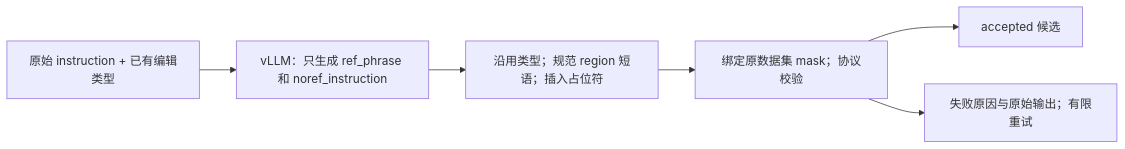
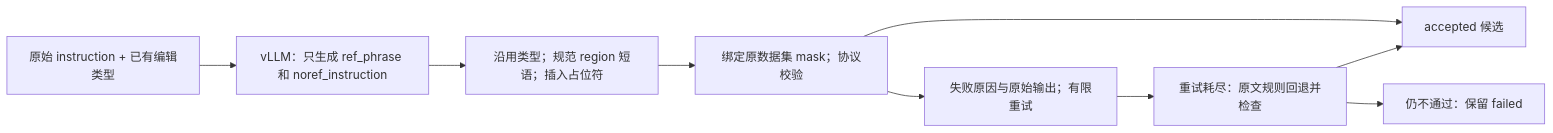
One commit to Tangent0308/samtok_edit changed the diagram in docs/SAMTokEdit_Qwen21_noref两字段转换与模型对比.md. Above: the diagram before and after it, drawn with Mermaid. The commit also changed other lines of this file and 14 other files, not shown here.

````diff
--- a/docs/SAMTokEdit_Qwen21_noref两字段转换与模型对比.md
+++ b/docs/SAMTokEdit_Qwen21_noref两字段转换与模型对比.md
@@ -13,8 +13,11 @@
 ```mermaid
 flowchart LR
     A[原始 instruction + 已有编辑类型] --> B[vLLM：只生成 ref_phrase 和 noref_instruction]
     B --> C[沿用类型；规范 region 短语；插入占位符]
     C --> D[绑定原数据集 mask；协议校验]
     D --> E[accepted 候选]
     D --> F[失败原因与原始输出；有限重试]
+    F --> G[重试耗尽：原文规则回退并检查]
+    G --> E
+    G --> H[仍不通过：保留 failed]
 ```
````
